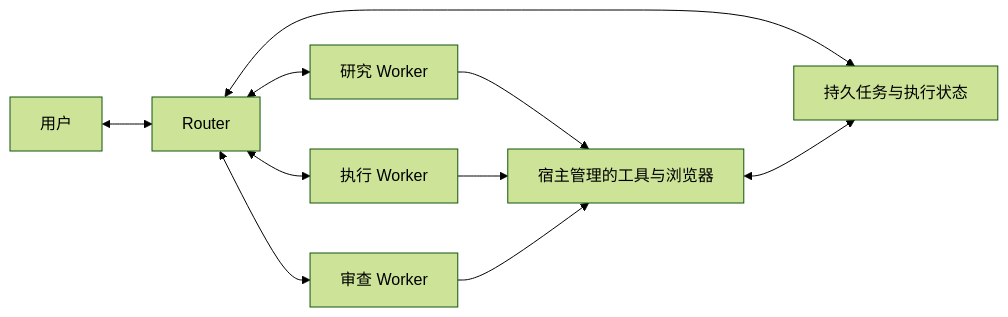
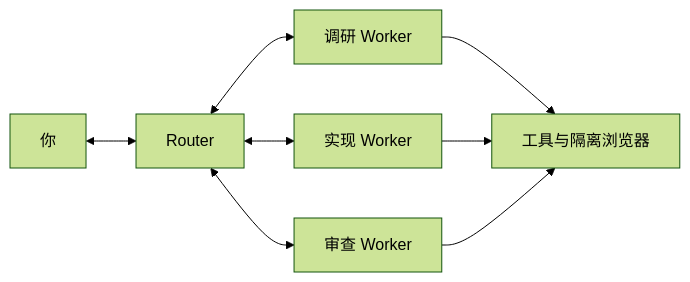
Before and after one commit to pythc/agent-hub: the diagram in README.zh-CN.md, drawn with Mermaid (forest theme). The commit also changed other lines of this file and 3 other files, not shown here.

````diff
--- a/README.zh-CN.md
+++ b/README.zh-CN.md
@@ -94,12 +100,10 @@
 ```mermaid
 flowchart LR
-    U[用户] <--> R[Router]
-    R <--> W1[研究 Worker]
-    R <--> W2[执行 Worker]
-    R <--> W3[审查 Worker]
-    W1 --> T[宿主管理的工具与浏览器]
-    W2 --> T
-    W3 --> T
-    R <--> S[持久任务与执行状态]
-    T <--> S
+    You[你] <--> Router
+    Router <--> Research[调研 Worker]
+    Router <--> Build[实现 Worker]
+    Router <--> Review[审查 Worker]
+    Research --> Tools[工具与隔离浏览器]
+    Build --> Tools
+    Review --> Tools
 ```
````
